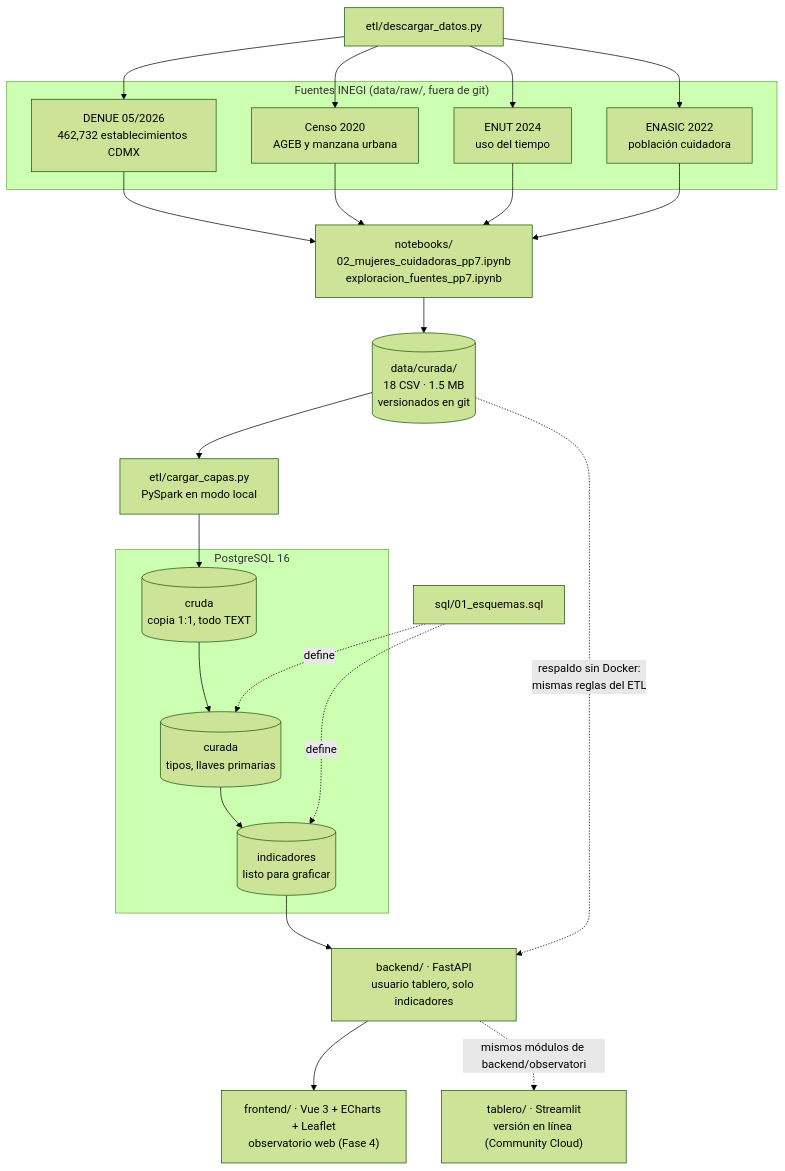
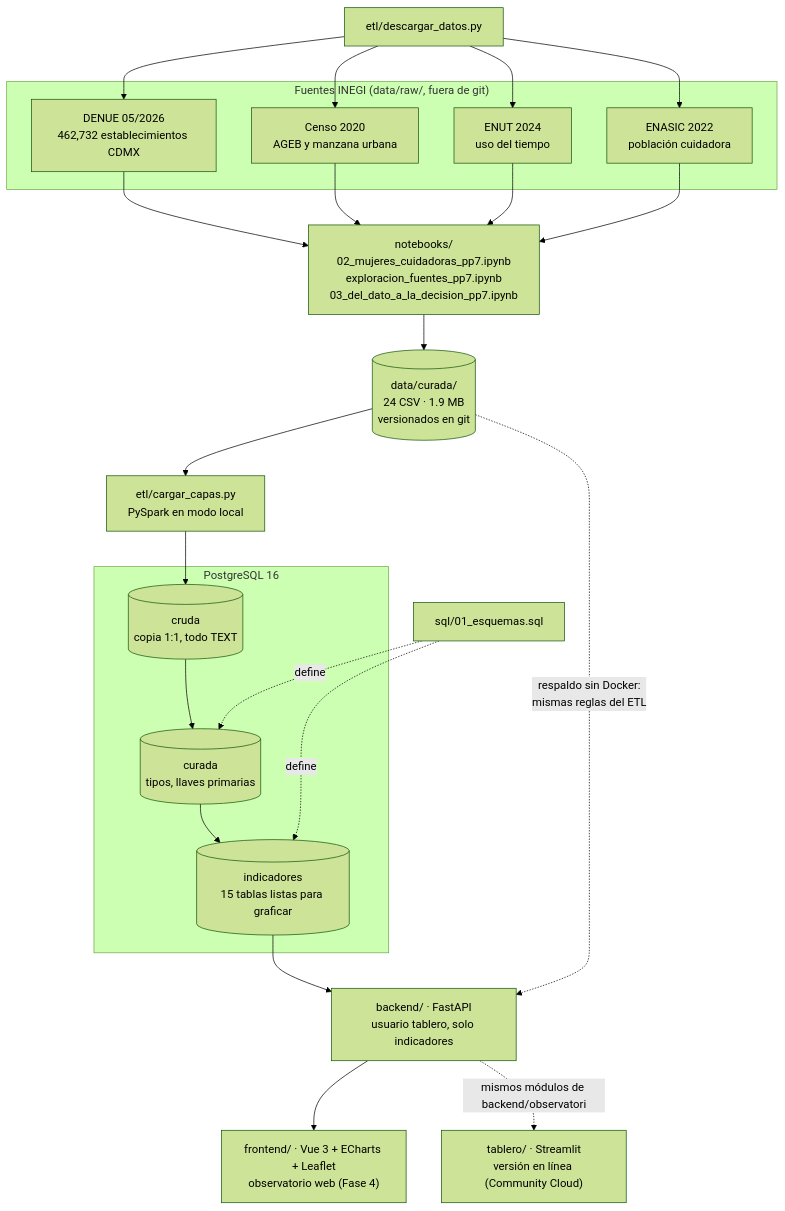
One commit to dead-can-dance/observatorio-economia-cuidado-cdmx changed the diagram in README.md. Above: the diagram before and after it, drawn with Mermaid (forest theme). The commit also changed other lines of this file and 2 other files, not shown here.

````diff
--- a/README.md
+++ b/README.md
@@ -37,38 +45,38 @@
 ```mermaid
 flowchart TD
     subgraph fuentes["Fuentes INEGI (data/raw/, fuera de git)"]
         D["DENUE 05/2026<br/>462,732 establecimientos CDMX"]
         C["Censo 2020<br/>AGEB y manzana urbana"]
         E["ENUT 2024<br/>uso del tiempo"]
         A["ENASIC 2022<br/>población cuidadora"]
     end
 
     DESC["etl/descargar_datos.py"]
-    NB["notebooks/<br/>02_mujeres_cuidadoras_pp7.ipynb<br/>exploracion_fuentes_pp7.ipynb"]
-    CUR[("data/curada/<br/>18 CSV · 1.5 MB<br/>versionados en git")]
+    NB["notebooks/<br/>02_mujeres_cuidadoras_pp7.ipynb<br/>exploracion_fuentes_pp7.ipynb<br/>03_del_dato_a_la_decision_pp7.ipynb"]
+    CUR[("data/curada/<br/>24 CSV · 1.9 MB<br/>versionados en git")]
     SPARK["etl/cargar_capas.py<br/>PySpark en modo local"]
 
     subgraph pg["PostgreSQL 16"]
         SCRUDA[("cruda<br/>copia 1:1, todo TEXT")]
         SCURADA[("curada<br/>tipos, llaves primarias")]
-        SIND[("indicadores<br/>listo para graficar")]
+        SIND[("indicadores<br/>15 tablas listas para graficar")]
     end
 
     API["backend/ · FastAPI<br/>usuario tablero, solo indicadores"]
     WEB["frontend/ · Vue 3 + ECharts + Leaflet<br/>observatorio web (Fase 4)"]
     ST["tablero/ · Streamlit<br/>versión en línea (Community Cloud)"]
 
     DESC --> D & C & E & A
     D & C & E & A --> NB
     NB --> CUR
     CUR --> SPARK
     SPARK --> SCRUDA
     SCRUDA --> SCURADA
     SCURADA --> SIND
     SIND --> API
     CUR -.respaldo sin Docker:<br/>mismas reglas del ETL.-> API
     API --> WEB
     API -.mismos módulos de backend/observatorio.-> ST
 
     SQLDDL["sql/01_esquemas.sql"] -.define.-> SCURADA & SIND
 ```
````
